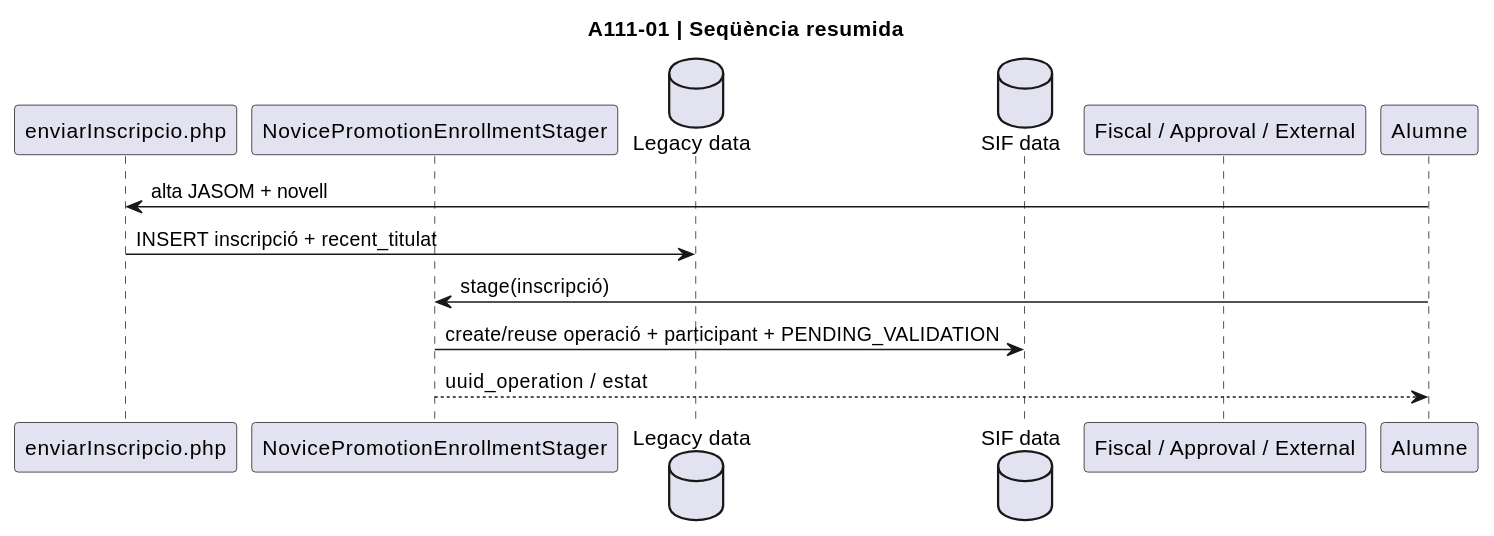
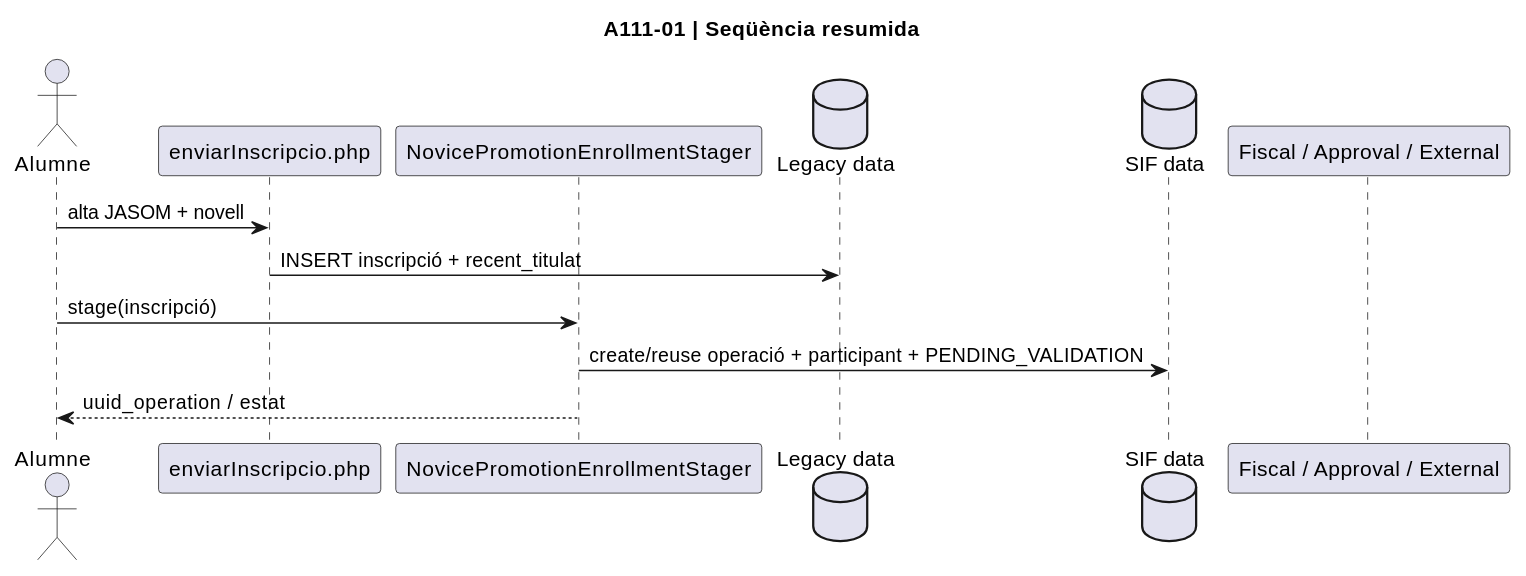
One commit to orgmeriemprismacat-del/verifactu changed the third of 48 diagrams in documentacio/07-uml-integrat/uc-111-diagrames-per-accio.md. Above: the diagram before and after it, drawn with PlantUML. The commit also changed other lines of this file, not shown here.

Commit message:
docs UC-111 per-action UML: declare actors/interfaces explicitly and replace generic transfer/refund participants with exact services

````diff
--- a/documentacio/07-uml-integrat/uc-111-diagrames-per-accio.md
+++ b/documentacio/07-uml-integrat/uc-111-diagrames-per-accio.md
@@ -47,15 +47,16 @@
 ```plantuml
 @startuml
 title A111-01 | Seqüència resumida
+actor Alumne
 participant "enviarInscripcio.php" as Legacy
 participant "NovicePromotionEnrollmentStager" as Final
 database "Legacy data" as LegacyDB
 database "SIF data" as SIFDB
 participant "Fiscal / Approval / External" as Fiscal
 Alumne -> Legacy : alta JASOM + novell
 Legacy -> LegacyDB : INSERT inscripció + recent_titulat
 Alumne -> Final : stage(inscripció)
 Final -> SIFDB : create/reuse operació + participant + PENDING_VALIDATION
 Final --> Alumne : uuid_operation / estat
 @enduml
 ```
````
